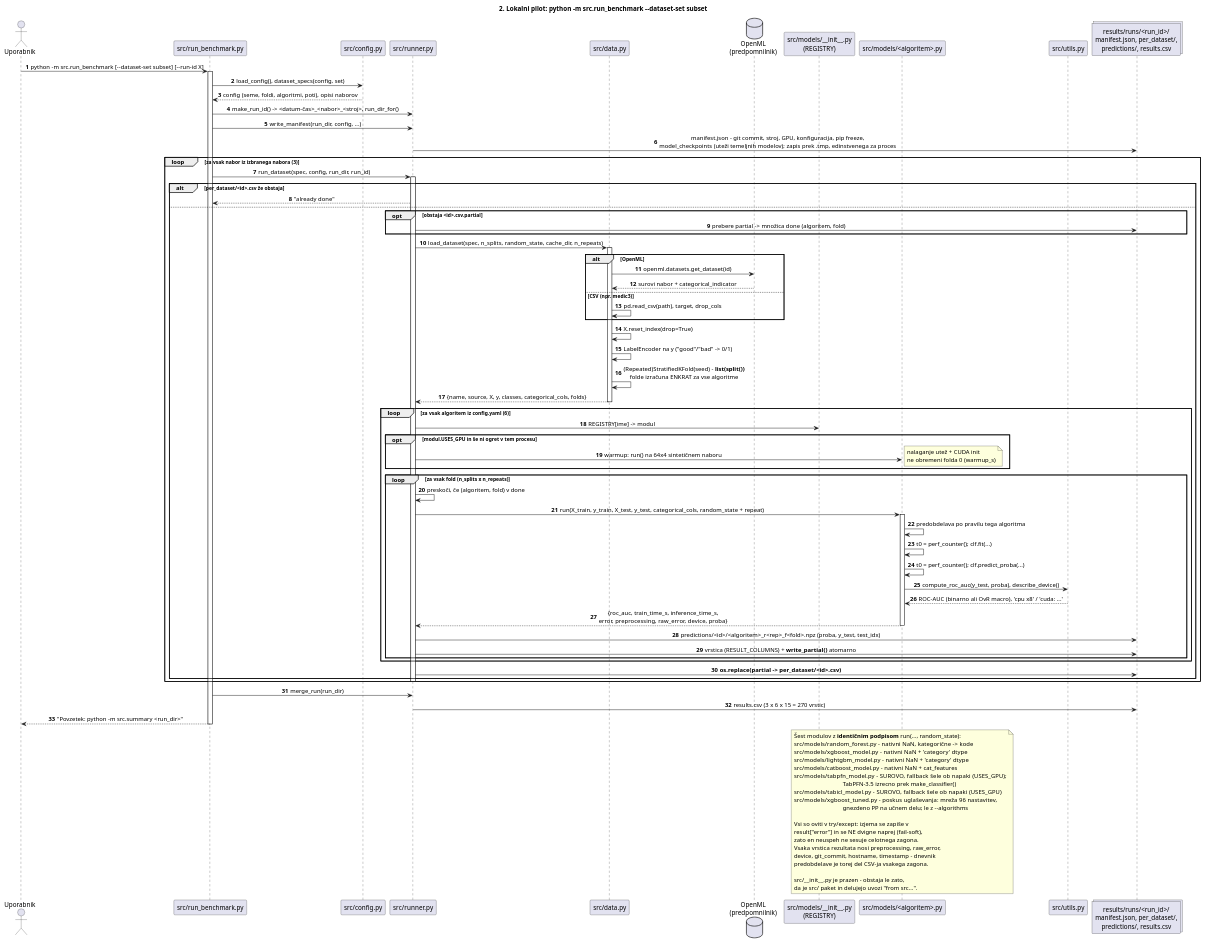
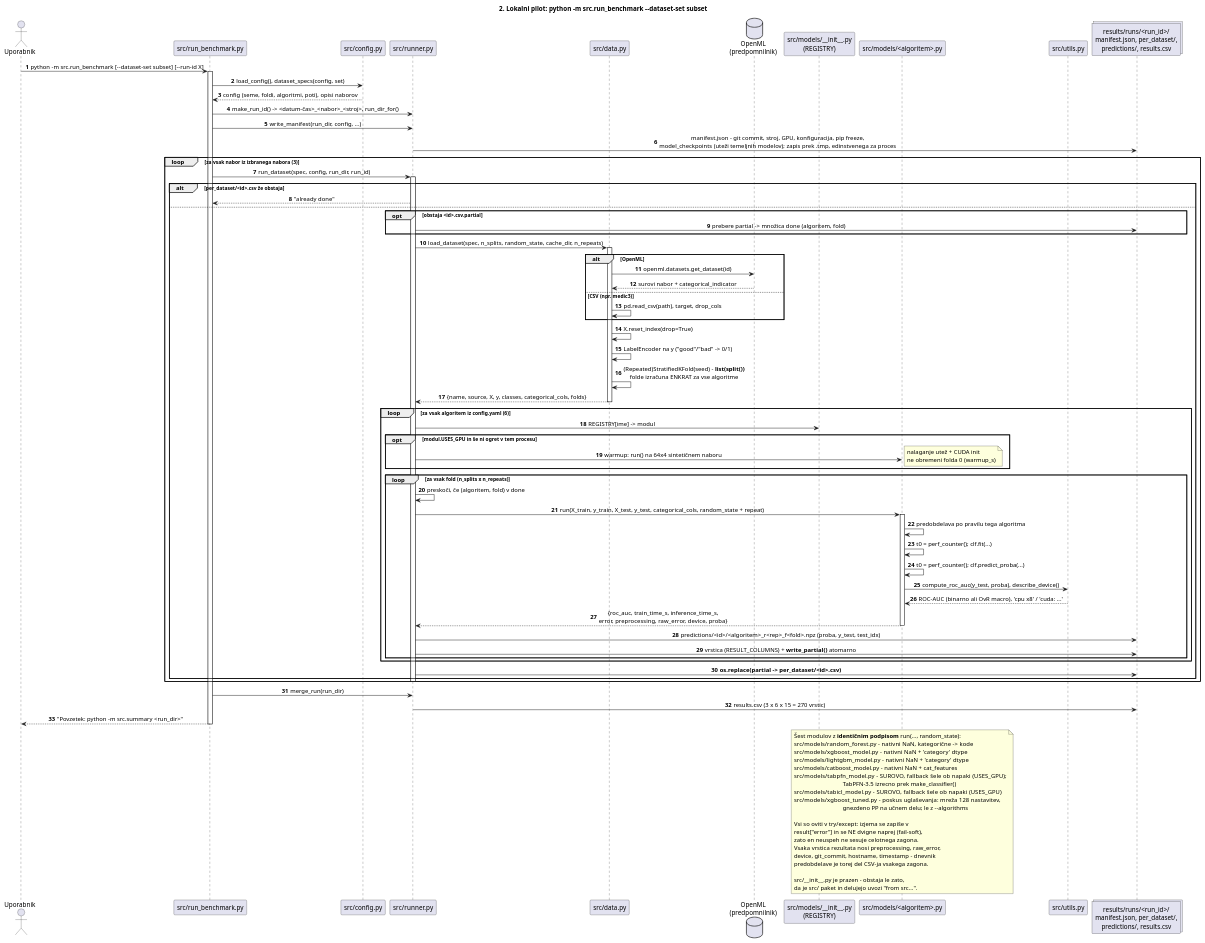
Before and after one commit to TilenZrnec/Diplomsko-delo_Koda: the second of 4 diagrams in razlaga_repozitorija/zaporedje.puml, drawn with PlantUML. The commit also changed other lines of this file and 5 other files, not shown here.

```diff
--- a/razlaga_repozitorija/zaporedje.puml
+++ b/razlaga_repozitorija/zaporedje.puml
@@ -102,104 +102,104 @@
 @startuml 02_lokalni_pilot
 title 2. Lokalni pilot: python -m src.run_benchmark ~--dataset-set subset
 
 skinparam sequenceMessageAlign center
 autonumber
 
 actor "Uporabnik" as U
 participant "src/run_benchmark.py" as BENCH
 participant "src/config.py" as CFGPY
 participant "src/runner.py" as RUN
 participant "src/data.py" as DATA
 database "OpenML\n(predpomnilnik)" as OML
 participant "src/models/~__init~__.py\n(REGISTRY)" as REG
 participant "src/models/<algoritem>.py" as MODEL
 participant "src/utils.py" as UTILS
 collections "results/runs/<run_id>/\nmanifest.json, per_dataset/,\npredictions/, results.csv" as OUT
 
 U -> BENCH : python -m src.run_benchmark [~--dataset-set subset] [~--run-id X]
 activate BENCH
 
 BENCH -> CFGPY : load_config(), dataset_specs(config, set)
 CFGPY --> BENCH : config (seme, foldi, algoritmi, poti), opisi naborov
 BENCH -> RUN : make_run_id() -> <datum-čas>_<nabor>_<stroj>, run_dir_for()
 BENCH -> RUN : write_manifest(run_dir, config, ...)
 RUN -> OUT : manifest.json - git commit, stroj, GPU, konfiguracija, pip freeze,\nmodel_checkpoints (uteži temeljnih modelov); zapis prek .tmp, edinstvenega za proces
 
 loop za vsak nabor iz izbranega nabora (3)
     BENCH -> RUN : run_dataset(spec, config, run_dir, run_id)
     activate RUN
     alt per_dataset/<id>.csv že obstaja
         RUN --> BENCH : "already done"
     else
         opt obstaja <id>.csv.partial
             RUN -> OUT : prebere partial -> množica done (algoritem, fold)
         end
         RUN -> DATA : load_dataset(spec, n_splits, random_state, cache_dir, n_repeats)
         activate DATA
         alt OpenML
             DATA -> OML : openml.datasets.get_dataset(id)
             OML --> DATA : surovi nabor + categorical_indicator
         else CSV (npr. medic3)
             DATA -> DATA : pd.read_csv(path), target, drop_cols
         end
         DATA -> DATA : X.reset_index(drop=True)
         DATA -> DATA : LabelEncoder na y ("good"/"bad" -> 0/1)
         DATA -> DATA : (Repeated)StratifiedKFold(seed) - **list(split())**\nfolde izračuna ENKRAT za vse algoritme
         DATA --> RUN : {name, source, X, y, classes, categorical_cols, folds}
         deactivate DATA
 
         loop za vsak algoritem iz config.yaml (6)
             RUN -> REG : REGISTRY[ime] -> modul
             opt modul.USES_GPU in še ni ogret v tem procesu
                 RUN -> MODEL : warmup: run() na 64x4 sintetičnem naboru
                 note right: nalaganje utež + CUDA init\nne obremeni folda 0 (warmup_s)
             end
             loop za vsak fold (n_splits x n_repeats)
                 RUN -> RUN : preskoči, če (algoritem, fold) v done
                 RUN -> MODEL : run(X_train, y_train, X_test, y_test, categorical_cols, random_state + repeat)
                 activate MODEL
                 MODEL -> MODEL : predobdelava po pravilu tega algoritma
                 MODEL -> MODEL : t0 = perf_counter(); clf.fit(...)
                 MODEL -> MODEL : t0 = perf_counter(); clf.predict_proba(...)
                 MODEL -> UTILS : compute_roc_auc(y_test, proba), describe_device()
                 UTILS --> MODEL : ROC-AUC (binarno ali OvR macro), 'cpu x8' / 'cuda: ...'
                 MODEL --> RUN : {roc_auc, train_time_s, inference_time_s,\nerror, preprocessing, raw_error, device, proba}
                 deactivate MODEL
                 RUN -> OUT : predictions/<id>/<algoritem>_r<rep>_f<fold>.npz (proba, y_test, test_idx)
                 RUN -> OUT : vrstica (RESULT_COLUMNS) + **write_partial()** atomarno
             end
         end
         RUN -> OUT : **os.replace(partial -> per_dataset/<id>.csv)**
     end
     deactivate RUN
 end
 
 BENCH -> RUN : merge_run(run_dir)
 RUN -> OUT : results.csv (3 x 6 x 15 = 270 vrstic)
 BENCH --> U : "Povzetek: python -m src.summary <run_dir>"
 deactivate BENCH
 
 note over MODEL
   Šest modulov z **identičnim podpisom** run(..., random_state):
   src/models/random_forest.py   - nativni NaN, kategorične -> kode
   src/models/xgboost_model.py   - nativni NaN + 'category' dtype
   src/models/lightgbm_model.py  - nativni NaN + 'category' dtype
   src/models/catboost_model.py  - nativni NaN + cat_features
   src/models/tabpfn_model.py    - SUROVO, fallback šele ob napaki (USES_GPU);
                                   TabPFN-3.5 izrecno prek make_classifier()
   src/models/tabicl_model.py    - SUROVO, fallback šele ob napaki (USES_GPU)
-  src/models/xgboost_tuned.py   - poskus uglaševanja: mreža 96 nastavitev,
+  src/models/xgboost_tuned.py   - poskus uglaševanja: mreža 128 nastavitev,
                                   gnezdeno PP na učnem delu; le z ~--algorithms
 
   Vsi so oviti v try/except: izjema se zapiše v
   result["error"] in se NE dvigne naprej (fail-soft),
   zato en neuspeh ne sesuje celotnega zagona.
   Vsaka vrstica rezultata nosi preprocessing, raw_error,
   device, git_commit, hostname, timestamp - dnevnik
   predobdelave je torej del CSV-ja vsakega zagona.
 
   src/~__init~__.py je prazen - obstaja le zato,
   da je src/ paket in delujejo uvozi "from src...".
 end note
 
 @enduml
```
